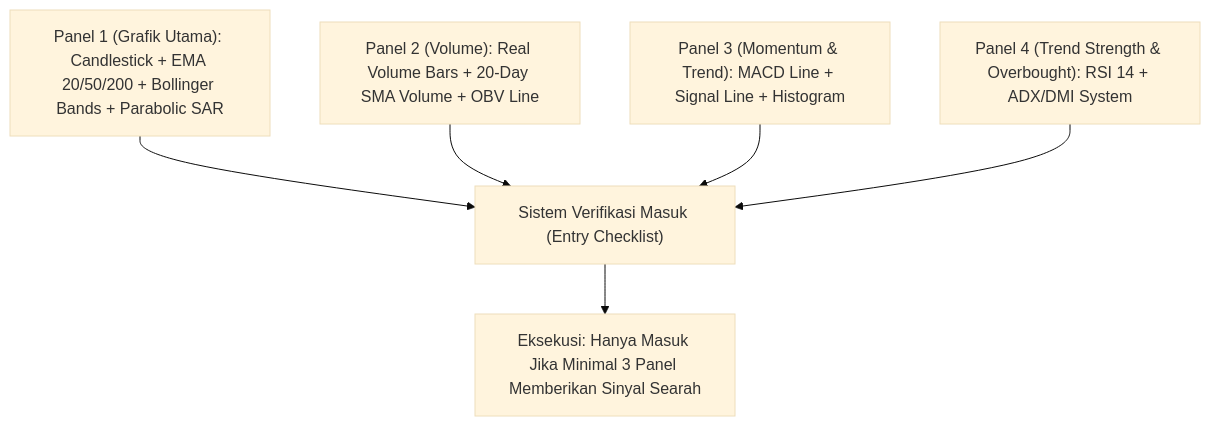
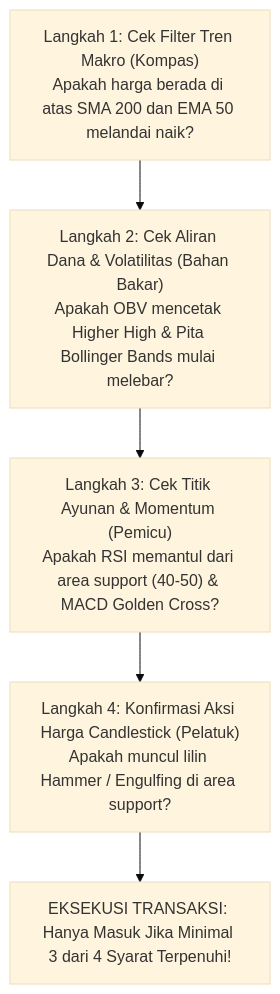
One commit to AlulCode45/Trading-Learning-Path changed the fifth of 5 diagrams in docs/edianto-ong/25-technical-indicators.md. Above: the diagram before and after it, drawn with Mermaid (base theme). The commit also changed other lines of this file and 29 other files, not shown here.

Commit message:
docs(edianto-ong): upgrade all 29 chapters with beginner analogies, diagrams, step-by-step guides, and case studies

````diff
--- a/docs/edianto-ong/25-technical-indicators.md
+++ b/docs/edianto-ong/25-technical-indicators.md
@@ -164,14 +142,7 @@
 ```mermaid
 flowchart TD
-    Panel1["Panel 1 (Grafik Utama): Candlestick + EMA 20/50/200 + Bollinger Bands + Parabolic SAR"]
-    Panel2["Panel 2 (Volume): Real Volume Bars + 20-Day SMA Volume + OBV Line"]
-    Panel3["Panel 3 (Momentum & Trend): MACD Line + Signal Line + Histogram"]
-    Panel4["Panel 4 (Trend Strength & Overbought): RSI 14 + ADX/DMI System"]
-
-    Panel1 --> ConfluenceEngine["Sistem Verifikasi Masuk (Entry Checklist)"]
-    Panel2 --> ConfluenceEngine
-    Panel3 --> ConfluenceEngine
-    Panel4 --> ConfluenceEngine
-
-    ConfluenceEngine --> RuleExecution["Eksekusi: Hanya Masuk Jika Minimal 3 Panel Memberikan Sinyal Searah"]
+    Step1["Langkah 1: Cek Filter Tren Makro (Kompas)<br/>Apakah harga berada di atas SMA 200 dan EMA 50 melandai naik?"] --> Step2["Langkah 2: Cek Aliran Dana & Volatilitas (Bahan Bakar)<br/>Apakah OBV mencetak Higher High & Pita Bollinger Bands mulai melebar?"]
+    Step2 --> Step3["Langkah 3: Cek Titik Ayunan & Momentum (Pemicu)<br/>Apakah RSI memantul dari area support (40-50) & MACD Golden Cross?"]
+    Step3 --> Step4["Langkah 4: Konfirmasi Aksi Harga Candlestick (Pelatuk)<br/>Apakah muncul lilin Hammer / Engulfing di area support?"]
+    Step4 --> ValidEntry["EKSEKUSI TRANSAKSI: Hanya Masuk Jika Minimal 3 dari 4 Syarat Terpenuhi!"]
 ```
````
